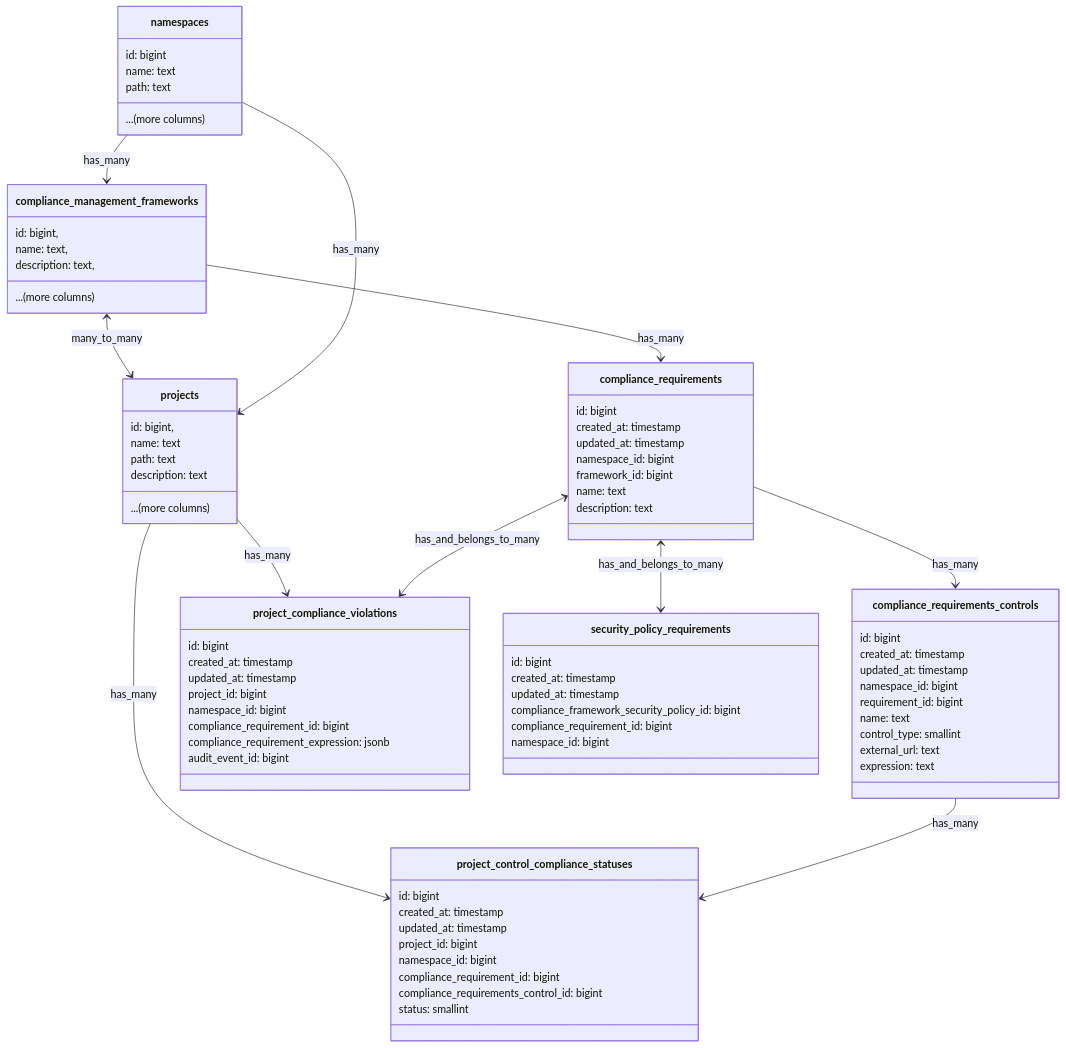
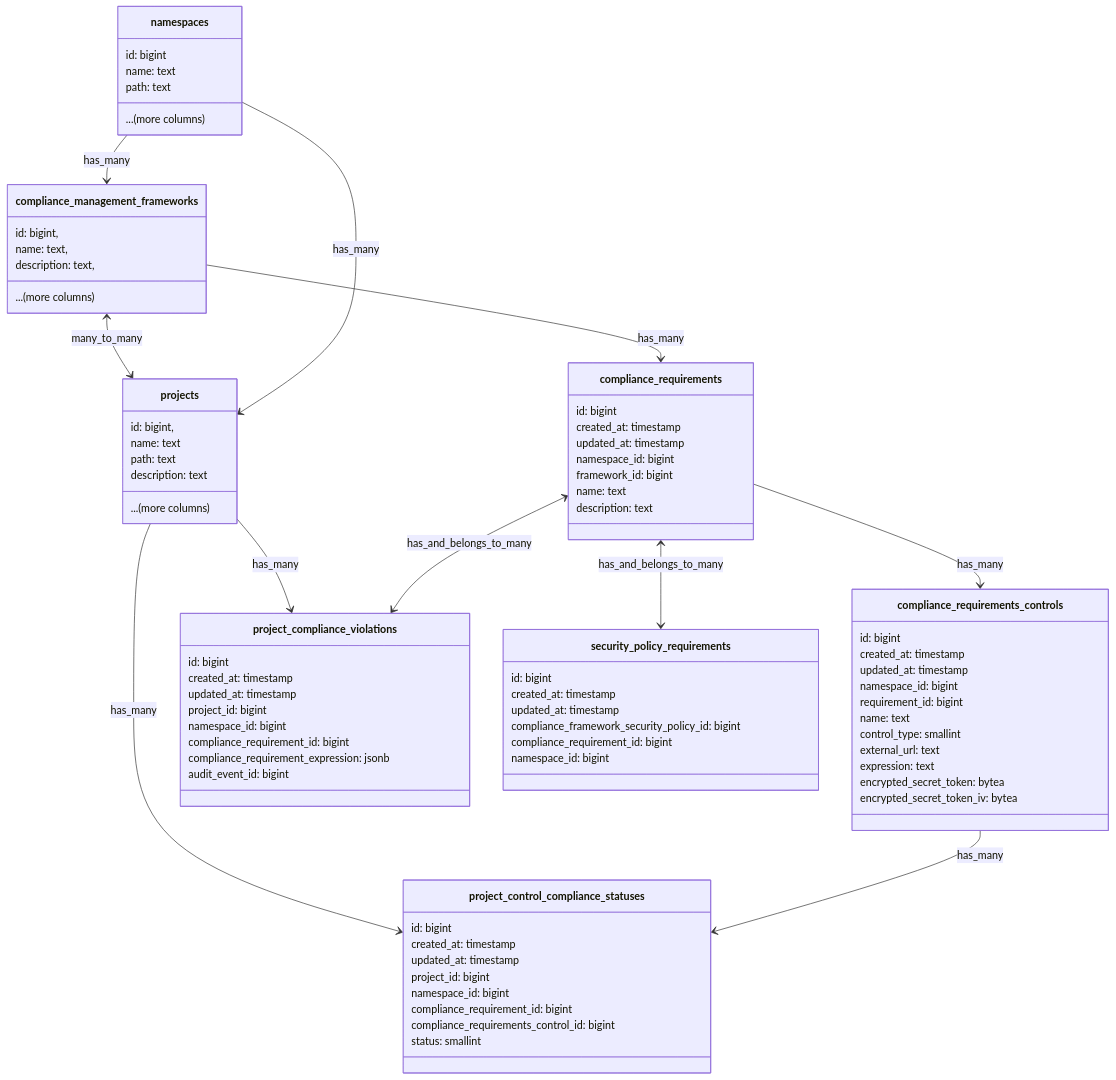
One commit to zalyoung/gitlab-handbook changed the first of 4 diagrams in content/handbook/engineering/architecture/design-documents/compliance-frameworks/_index.md. Above: the diagram before and after it, drawn with Mermaid. The commit also changed 1 other file, not shown here.

Commit message:
Correct column & DB refrences

```diff
--- a/content/handbook/engineering/architecture/design-documents/compliance-frameworks/_index.md
+++ b/content/handbook/engineering/architecture/design-documents/compliance-frameworks/_index.md
@@ -199,6 +199,8 @@
         control_type: smallint
         external_url: text
         expression: text
+        encrypted_secret_token: bytea
+        encrypted_secret_token_iv: bytea
     }
 
     class project_control_compliance_statuses {
```
